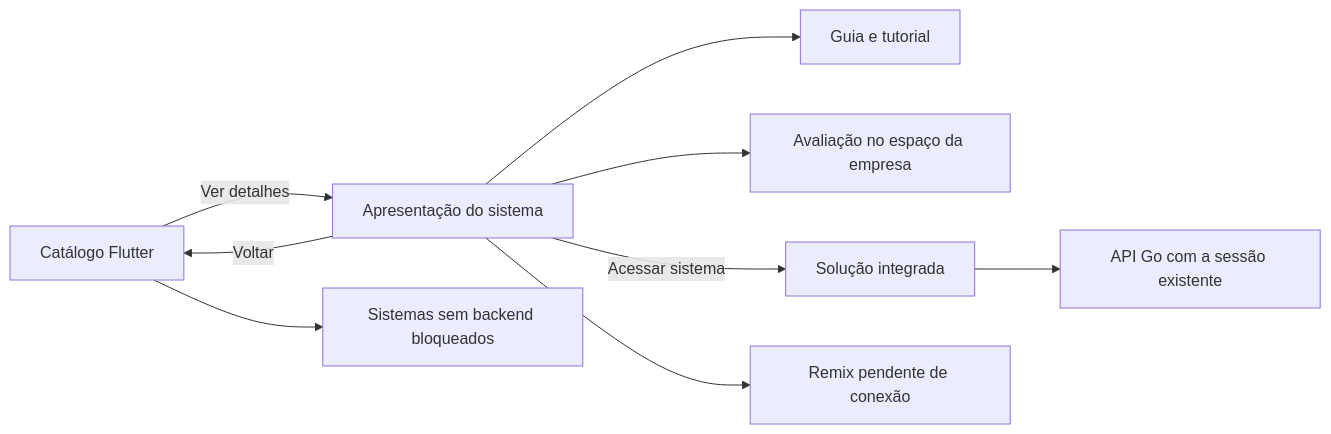
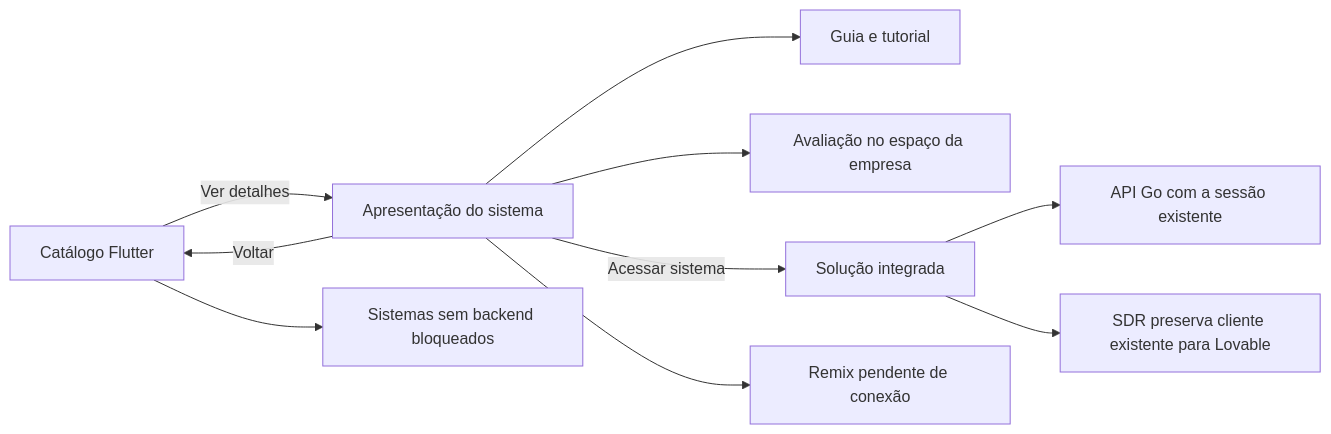
The diagram in docs/mermaid/04-jornada-sistemas.mmd (tom-lisboa/ArkomGO), drawn with Mermaid before and after one commit. The commit also changed 17 other files, not shown here.

```diff
--- a/docs/mermaid/04-jornada-sistemas.mmd
+++ b/docs/mermaid/04-jornada-sistemas.mmd
@@ -1,9 +1,10 @@
 flowchart LR
   C[Catálogo Flutter] -->|Ver detalhes| D[Apresentação do sistema]
   D --> T[Guia e tutorial]
   D --> R[Avaliação no espaço da empresa]
   D -->|Acessar sistema| S[Solução integrada]
   D -->|Voltar| C
   S --> A[API Go com a sessão existente]
+  S --> L[SDR preserva cliente existente para Lovable]
   C --> B[Sistemas sem backend bloqueados]
   D --> P[Remix pendente de conexão]
```
